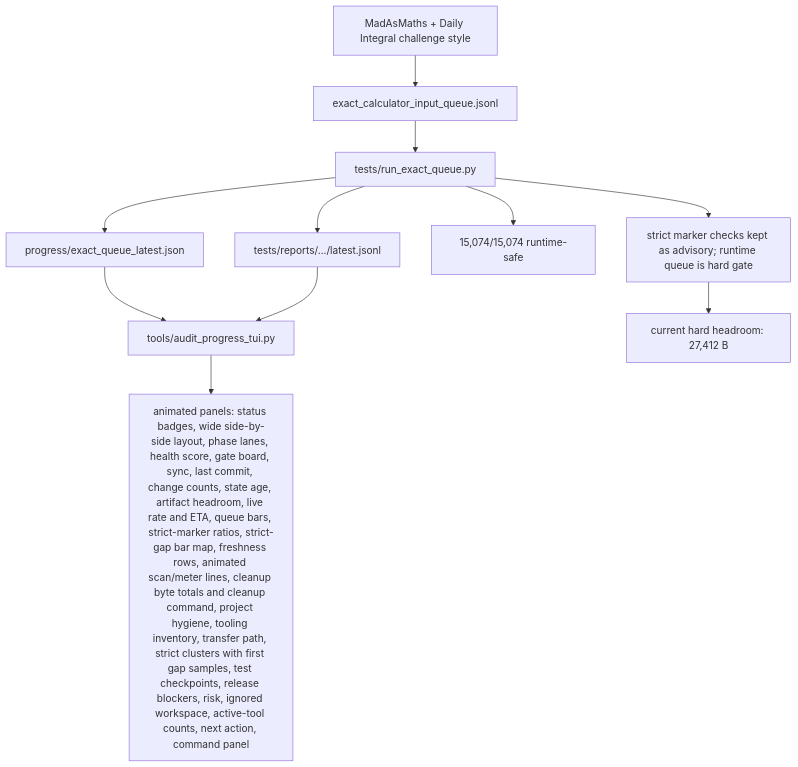
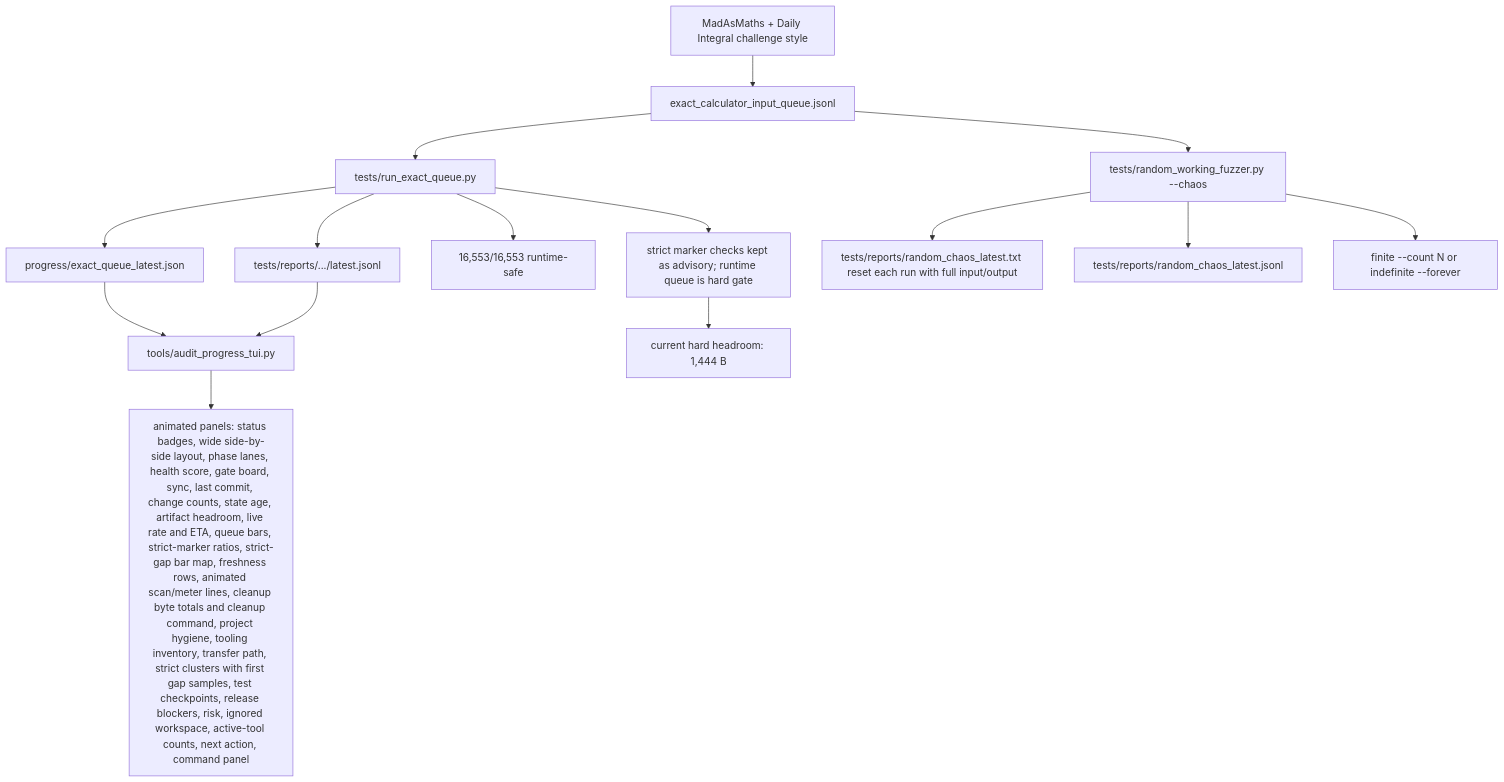
The sixth of 7 diagrams in docs/GRAPH.md (james8464/notes-addin-casio-fx-cg50), drawn with Mermaid before and after one commit. The commit also changed other lines of this file and 4 other files, not shown here.

Commit message:
test: add chaos fuzzer and harden numeric routes

````diff
--- a/docs/GRAPH.md
+++ b/docs/GRAPH.md
@@ -81,13 +83,17 @@
 ```mermaid
 graph TD
   Online["MadAsMaths + Daily Integral challenge style"] --> Queue["exact_calculator_input_queue.jsonl"]
   Queue --> Runner["tests/run_exact_queue.py"]
   Runner --> Live["progress/exact_queue_latest.json"]
   Runner --> Report["tests/reports/.../latest.jsonl"]
   Live --> TUI["tools/audit_progress_tui.py"]
   Report --> TUI
+  Queue --> Chaos["tests/random_working_fuzzer.py --chaos"]
+  Chaos --> Transcript["tests/reports/random_chaos_latest.txt reset each run with full input/output"]
+  Chaos --> FuzzReport["tests/reports/random_chaos_latest.jsonl"]
+  Chaos --> Modes["finite --count N or indefinite --forever"]
   TUI --> Panels["animated panels: status badges, wide side-by-side layout, phase lanes, health score, gate board, sync, last commit, change counts, state age, artifact headroom, live rate and ETA, queue bars, strict-marker ratios, strict-gap bar map, freshness rows, animated scan/meter lines, cleanup byte totals and cleanup command, project hygiene, tooling inventory, transfer path, strict clusters with first gap samples, test checkpoints, release blockers, risk, ignored workspace, active-tool counts, next action, command panel"]
-  Runner --> Runtime["15,074/15,074 runtime-safe"]
+  Runner --> Runtime["16,553/16,553 runtime-safe"]
   Runner --> Strict["strict marker checks kept as advisory; runtime queue is hard gate"]
-  Strict --> Remaining["current hard headroom: 27,412 B"]
+  Strict --> Remaining["current hard headroom: 1,444 B"]
 ```
````
